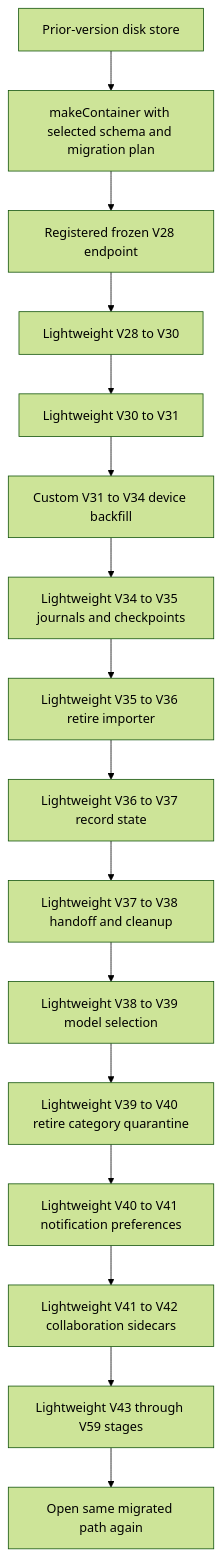
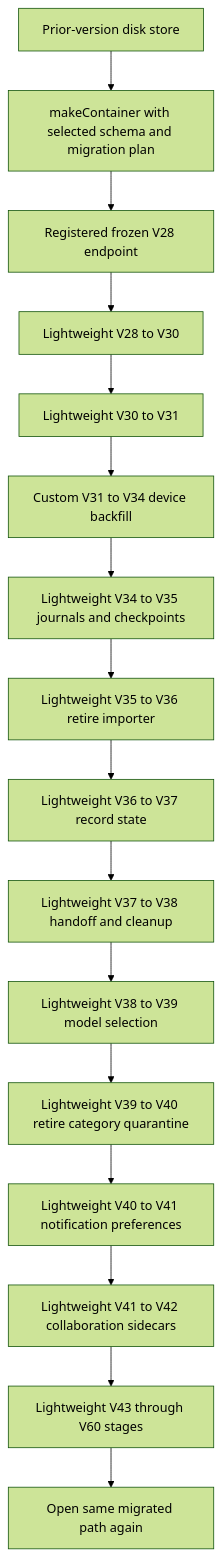
The seventh of 13 diagrams in openwiki/concepts/persistence-and-secrets.md (AkinoKaede/Termind), drawn with Mermaid (forest theme) before and after one commit. The commit also changed other lines of this file and 51 other files, not shown here.

````diff
--- a/openwiki/concepts/persistence-and-secrets.md
+++ b/openwiki/concepts/persistence-and-secrets.md
@@ -334,18 +366,18 @@
 ```mermaid
 flowchart TD
     LegacyStore["Prior-version disk store"] --> Factory["makeContainer with selected schema and migration plan"]
     Factory --> V28["Registered frozen V28 endpoint"]
     V28 --> V30["Lightweight V28 to V30"]
     V30 --> V31["Lightweight V30 to V31"]
     V31 --> V34["Custom V31 to V34 device backfill"]
     V34 --> V35["Lightweight V34 to V35 journals and checkpoints"]
     V35 --> V36["Lightweight V35 to V36 retire importer"]
     V36 --> V37["Lightweight V36 to V37 record state"]
     V37 --> V38["Lightweight V37 to V38 handoff and cleanup"]
     V38 --> V39["Lightweight V38 to V39 model selection"]
     V39 --> V40["Lightweight V39 to V40 retire category quarantine"]
     V40 --> V41["Lightweight V40 to V41 notification preferences"]
     V41 --> V42["Lightweight V41 to V42 collaboration sidecars"]
-    V42 --> Later["Lightweight V43 through V59 stages"]
+    V42 --> Later["Lightweight V43 through V60 stages"]
     Later --> Reopen["Open same migrated path again"]
 ```
````
